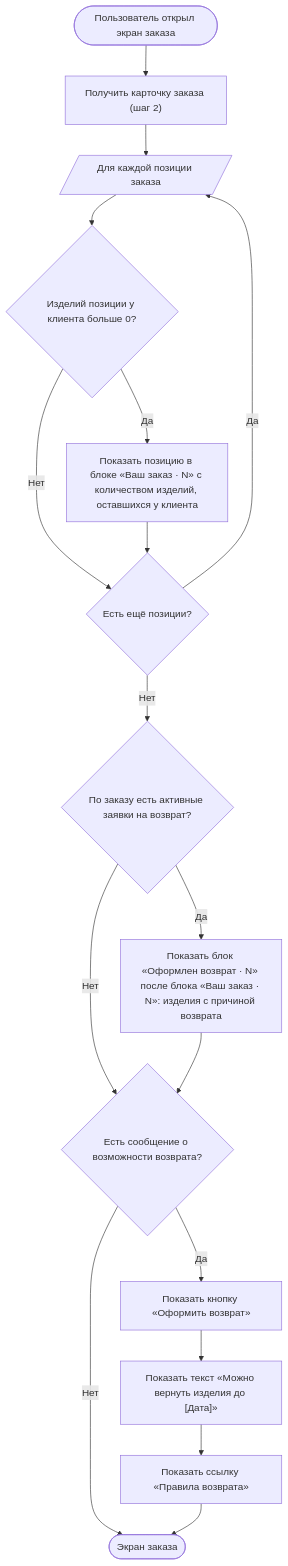
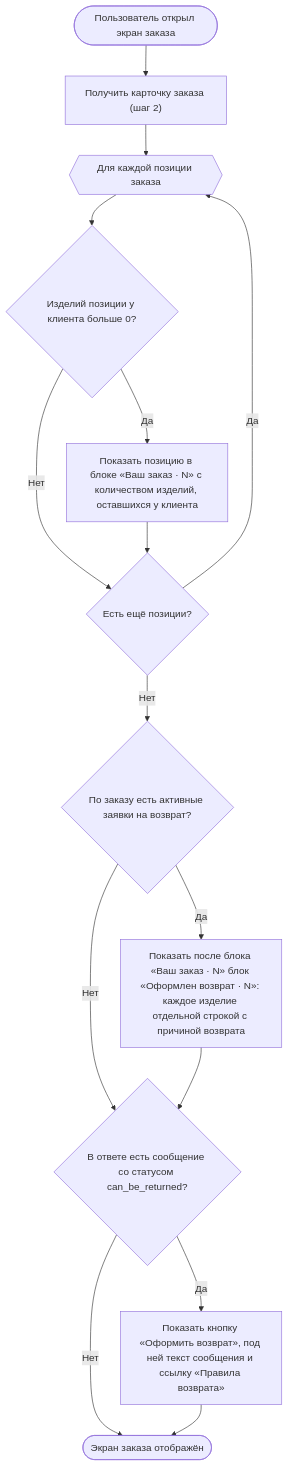
Before and after one commit to Terinss155/opencode-agents-analysis: the second of 21 diagrams in projects/returns-2.0/requirements/srs/srs-mobile-mvp_wiki.md, drawn with Mermaid. The commit also changed other lines of this file and 6 other files, not shown here.

````diff
--- a/projects/returns-2.0/requirements/srs/srs-mobile-mvp_wiki.md
+++ b/projects/returns-2.0/requirements/srs/srs-mobile-mvp_wiki.md
@@ -158,19 +249,17 @@
 ```mermaid
 flowchart TD
     S([Пользователь открыл экран заказа]) --> A["Получить карточку заказа (шаг 2)"]
-    A --> P[/"Для каждой позиции заказа"/]
+    A --> P{{"Для каждой позиции заказа"}}
     P --> B{"Изделий позиции у клиента больше 0?"}
     B -->|Да| C["Показать позицию в блоке «Ваш заказ · N» с количеством изделий, оставшихся у клиента"]
     B -->|Нет| N
     C --> N{"Есть ещё позиции?"}
     N -->|Да| P
     N -->|Нет| O{"По заказу есть активные заявки на возврат?"}
-    O -->|Да| O1["Показать блок «Оформлен возврат · N» после блока «Ваш заказ · N»: изделия с причиной возврата"]
+    O -->|Да| O1["Показать после блока «Ваш заказ · N» блок «Оформлен возврат · N»: каждое изделие отдельной строкой с причиной возврата"]
     O -->|Нет| K
-    O1 --> K{"Есть сообщение о возможности возврата?"}
-    K -->|Да| Y["Показать кнопку «Оформить возврат»"]
+    O1 --> K{"В ответе есть сообщение со статусом can_be_returned?"}
+    K -->|Да| Y["Показать кнопку «Оформить возврат», под ней текст сообщения и ссылку «Правила возврата»"]
     K -->|Нет| Z
-    Y --> Y1["Показать текст «Можно вернуть изделия до [Дата]»"]
-    Y1 --> Y2["Показать ссылку «Правила возврата»"]
-    Y2 --> Z([Экран заказа])
+    Y --> Z([Экран заказа отображён])
 ```
````
